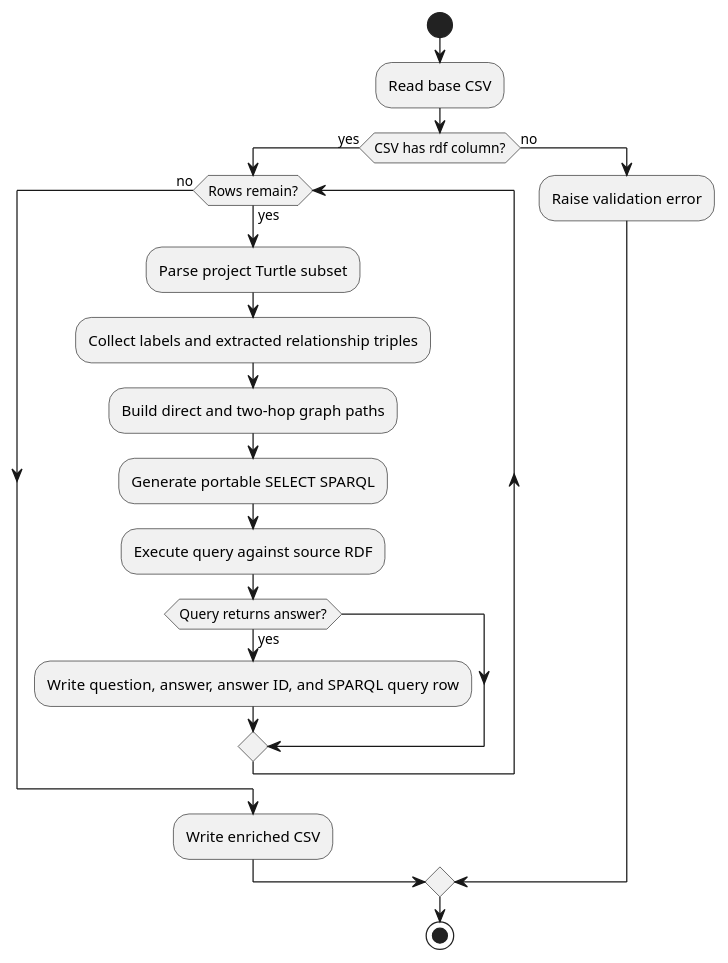
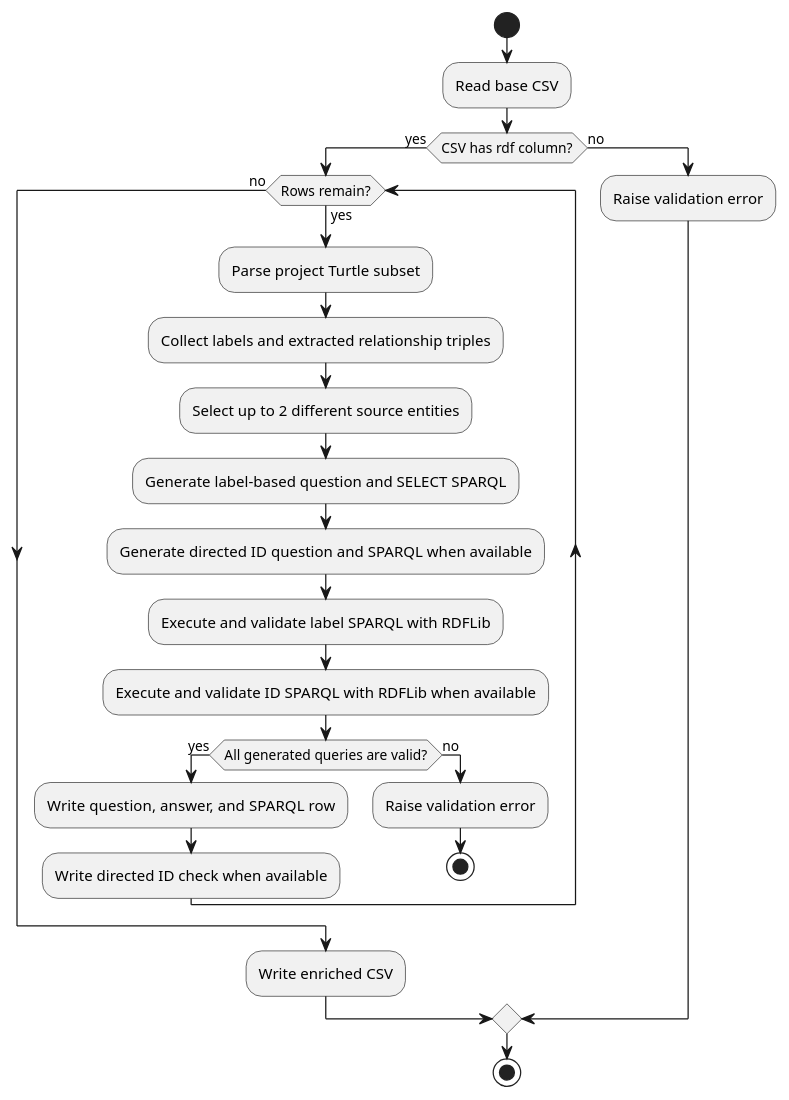
One commit to giovannabbottino/kg-dataset changed the diagram in enrich/README.md. Above: the diagram before and after it, drawn with PlantUML. The commit also changed other lines of this file and 17 other files, not shown here.

````diff
--- a/enrich/README.md
+++ b/enrich/README.md
@@ -64,22 +101,28 @@
 ```plantuml
 @startuml
 start
 :Read base CSV;
 if (CSV has rdf column?) then (yes)
   while (Rows remain?) is (yes)
     :Parse project Turtle subset;
     :Collect labels and extracted relationship triples;
-    :Build direct and two-hop graph paths;
-    :Generate portable SELECT SPARQL;
-    :Execute query against source RDF;
-    if (Query returns answer?) then (yes)
-    :Write question, answer, answer ID, and SPARQL query row;
+    :Select up to 2 different source entities;
+    :Generate label-based question and SELECT SPARQL;
+    :Generate directed ID question and SPARQL when available;
+    :Execute and validate label SPARQL with RDFLib;
+    :Execute and validate ID SPARQL with RDFLib when available;
+    if (All generated queries are valid?) then (yes)
+    :Write question, answer, and SPARQL row;
+    :Write directed ID check when available;
+    else (no)
+    :Raise validation error;
+    stop
     endif
   endwhile (no)
   :Write enriched CSV;
 else (no)
   :Raise validation error;
 endif
 stop
 @enduml
 ```
````
